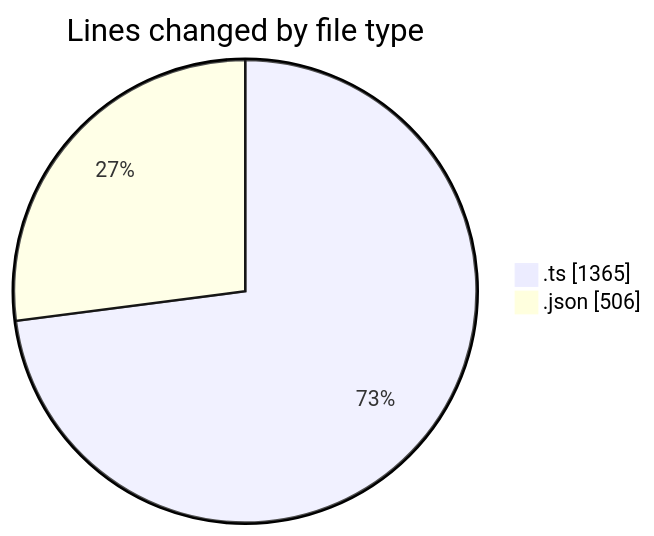
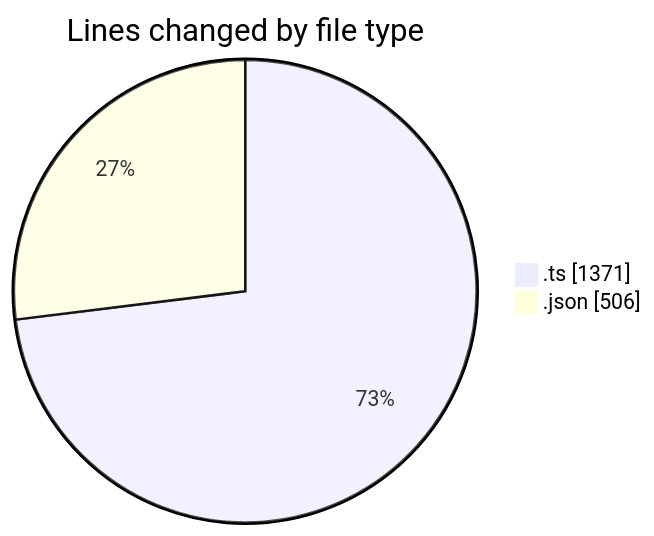
One commit to momahboobian/code-tracking changed the first of 2 diagrams in 2025-10-22/cda/README.md. Above: the diagram before and after it, drawn with Mermaid. The commit also changed other lines of this file and 1 other file, not shown here.

````diff
--- a/2025-10-22/cda/README.md
+++ b/2025-10-22/cda/README.md
@@ -24,6 +24,6 @@
 ```mermaid
 pie showData
 title Lines changed by file type
-".ts" : 1365
+".ts" : 1371
 ".json" : 506
 ```
````
